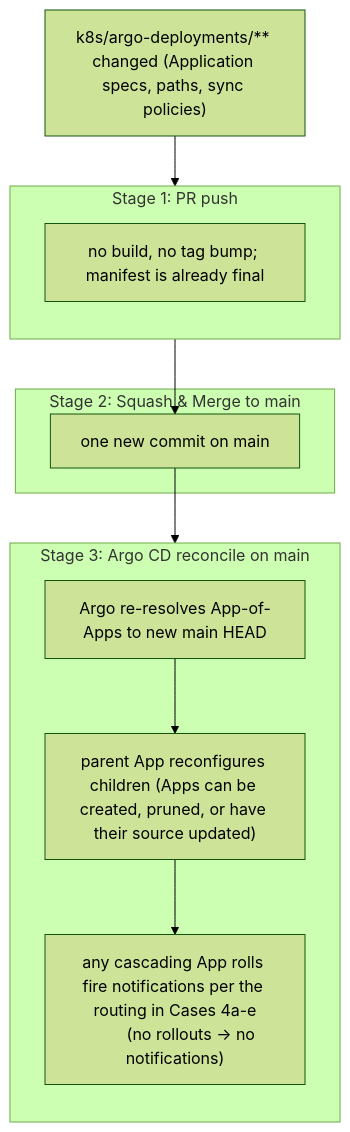
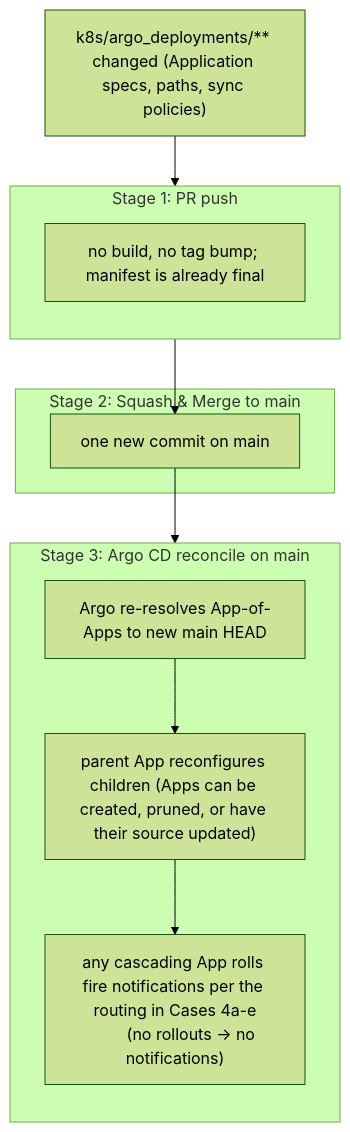
One commit to robodatalab/cortexgrid changed the seventh of 8 diagrams in docs/k8s/cicd.md. Above: the diagram before and after it, drawn with Mermaid (forest theme). The commit also changed other lines of this file and 42 other files, not shown here.

````diff
--- a/docs/k8s/cicd.md
+++ b/docs/k8s/cicd.md
@@ -365,28 +365,28 @@
 ```mermaid
 flowchart TB
-    src["k8s/argo-deployments/** changed (Application specs, paths, sync policies)"]
+    src["k8s/argo_deployments/** changed (Application specs, paths, sync policies)"]
 
     subgraph S1["Stage 1: PR push"]
         direction TB
         N1["no build, no tag bump; manifest is already final"]
     end
 
     src --> N1
 
     subgraph S2["Stage 2: Squash & Merge to main"]
         M["one new commit on main"]
     end
     N1 --> M
 
     subgraph S3["Stage 3: Argo CD reconcile on main"]
         direction TB
         Sync["Argo re-resolves App-of-Apps to new main HEAD"]
         Reload["parent App reconfigures children (Apps can be created, pruned, or have their source updated)"]
         Branch["any cascading App rolls fire notifications per the routing in Cases 4a-e
         (no rollouts -> no notifications)"]
 
         Sync --> Reload
         Reload --> Branch
     end
     M --> Sync
 ```
````
